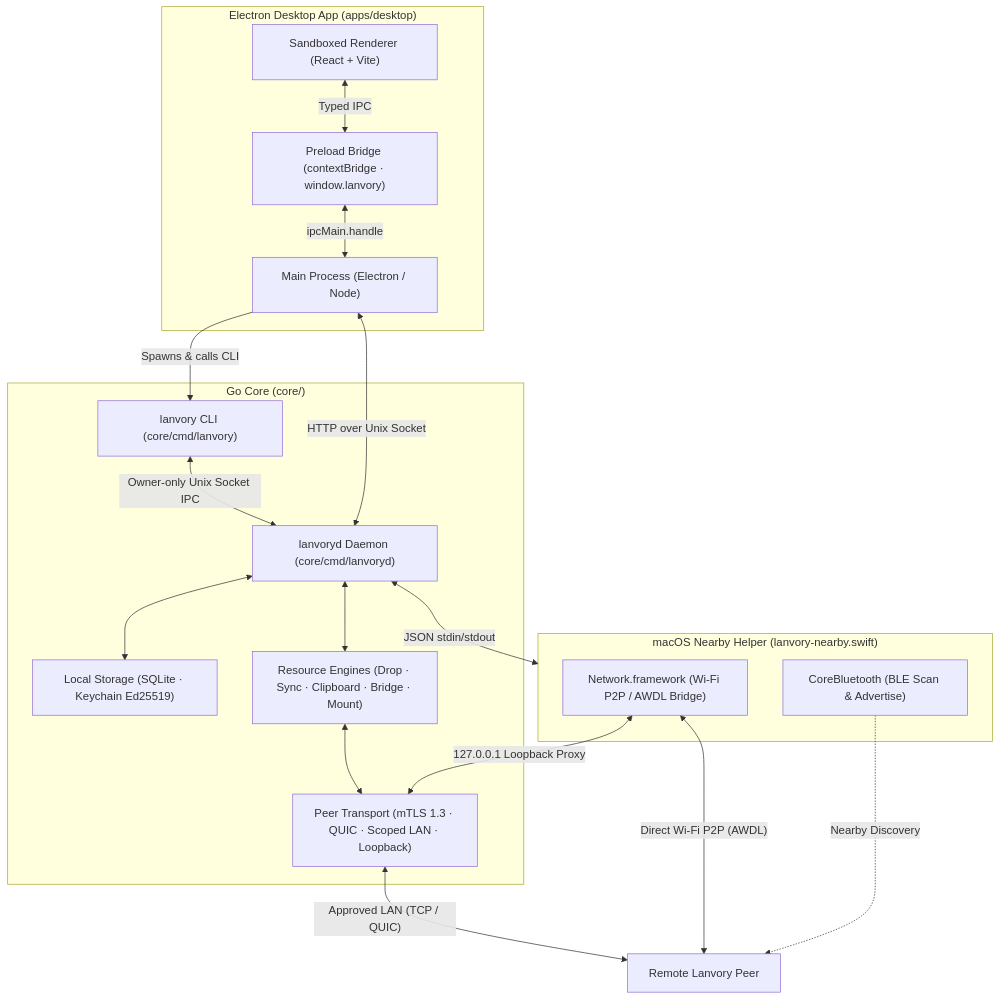
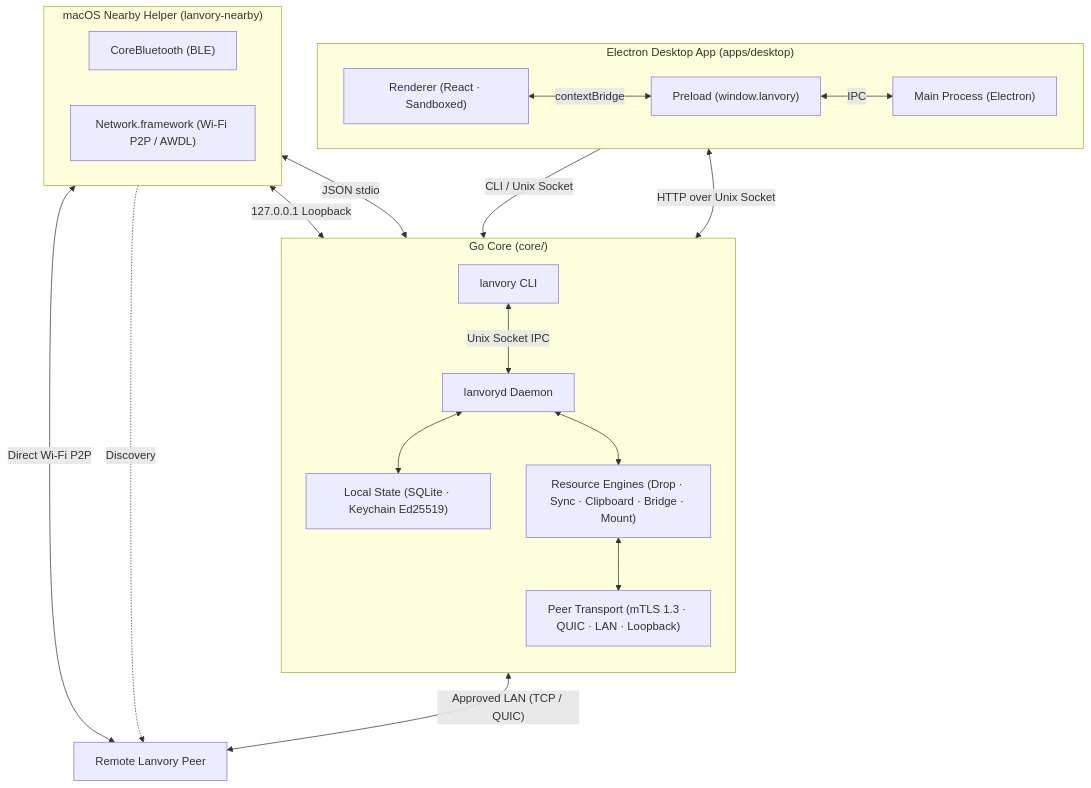
Before and after one commit to haitran-mindset/lanvory: the diagram in README.md, drawn with Mermaid. The commit also changed 1 other file, not shown here.

Commit message:
style(core): format quic.go and refine README diagram

````diff
--- a/README.md
+++ b/README.md
@@ -38,38 +38,40 @@
 ```mermaid
 flowchart TB
   subgraph Desktop["Electron Desktop App (apps/desktop)"]
-    Renderer["Sandboxed Renderer (React + Vite)"]
-    Preload["Preload Bridge (contextBridge · window.lanvory)"]
-    Main["Main Process (Electron / Node)"]
-    Renderer <-->|"Typed IPC"| Preload
-    Preload <-->|"ipcMain.handle"| Main
+    direction LR
+    Renderer["Renderer (React · Sandboxed)"]
+    Preload["Preload (window.lanvory)"]
+    Main["Main Process (Electron)"]
+    Renderer <-->|"contextBridge"| Preload <-->|"IPC"| Main
   end
 
   subgraph GoCore["Go Core (core/)"]
-    CLI["lanvory CLI (core/cmd/lanvory)"]
-    Daemon["lanvoryd Daemon (core/cmd/lanvoryd)"]
-    Storage["Local Storage (SQLite · Keychain Ed25519)"]
+    direction TB
+    CLI["lanvory CLI"]
+    Daemon["lanvoryd Daemon"]
+    Storage["Local State (SQLite · Keychain Ed25519)"]
     Resources["Resource Engines (Drop · Sync · Clipboard · Bridge · Mount)"]
-    Transport["Peer Transport (mTLS 1.3 · QUIC · Scoped LAN · Loopback)"]
+    Transport["Peer Transport (mTLS 1.3 · QUIC · LAN · Loopback)"]
 
-    CLI <-->|"Owner-only Unix Socket IPC"| Daemon
+    CLI <-->|"Unix Socket IPC"| Daemon
     Daemon <--> Storage
     Daemon <--> Resources
     Resources <--> Transport
   end
 
-  subgraph NativeHelper["macOS Nearby Helper (lanvory-nearby.swift)"]
-    BLE["CoreBluetooth (BLE Scan & Advertise)"]
-    AWDL["Network.framework (Wi-Fi P2P / AWDL Bridge)"]
+  subgraph NativeHelper["macOS Nearby Helper (lanvory-nearby)"]
+    direction LR
+    BLE["CoreBluetooth (BLE)"]
+    AWDL["Network.framework (Wi-Fi P2P / AWDL)"]
   end
 
   Remote["Remote Lanvory Peer"]
 
-  Main -->|"Spawns & calls CLI"| CLI
+  Main -->|"CLI / Unix Socket"| CLI
   Main <-->|"HTTP over Unix Socket"| Daemon
-  Daemon <-->|"JSON stdin/stdout"| NativeHelper
-  AWDL <-->|"127.0.0.1 Loopback Proxy"| Transport
+  Daemon <-->|"JSON stdio"| NativeHelper
+  AWDL <-->|"127.0.0.1 Loopback"| Transport
   Transport <-->|"Approved LAN (TCP / QUIC)"| Remote
-  AWDL <-->|"Direct Wi-Fi P2P (AWDL)"| Remote
-  BLE -.->|"Nearby Discovery"| Remote
+  AWDL <-->|"Direct Wi-Fi P2P"| Remote
+  BLE -.->|"Discovery"| Remote
 ```
````
